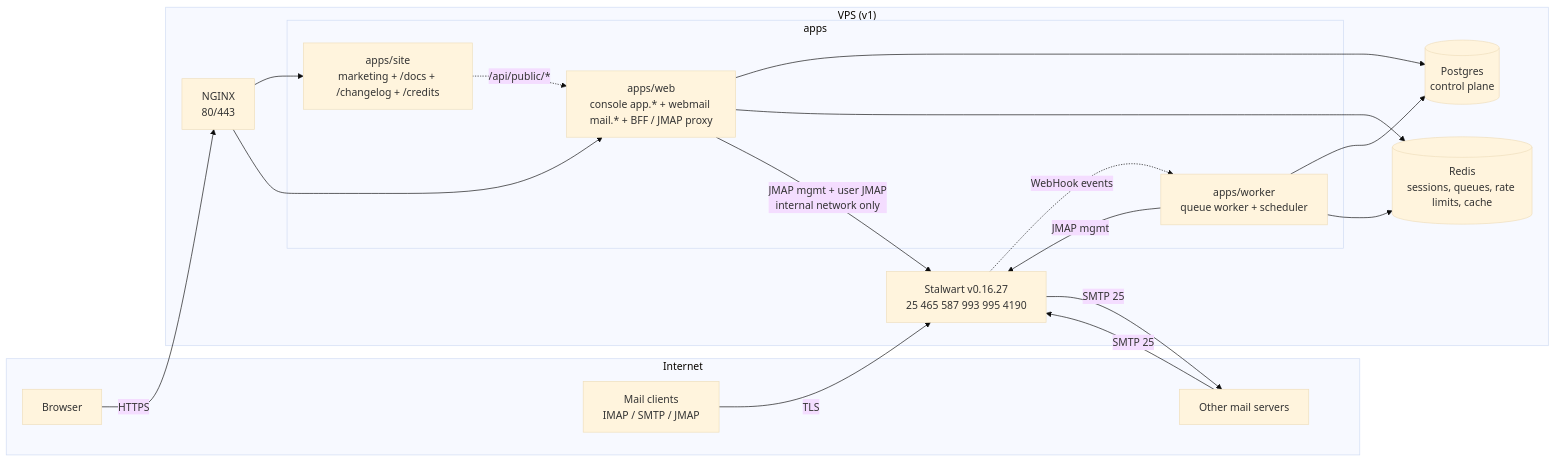
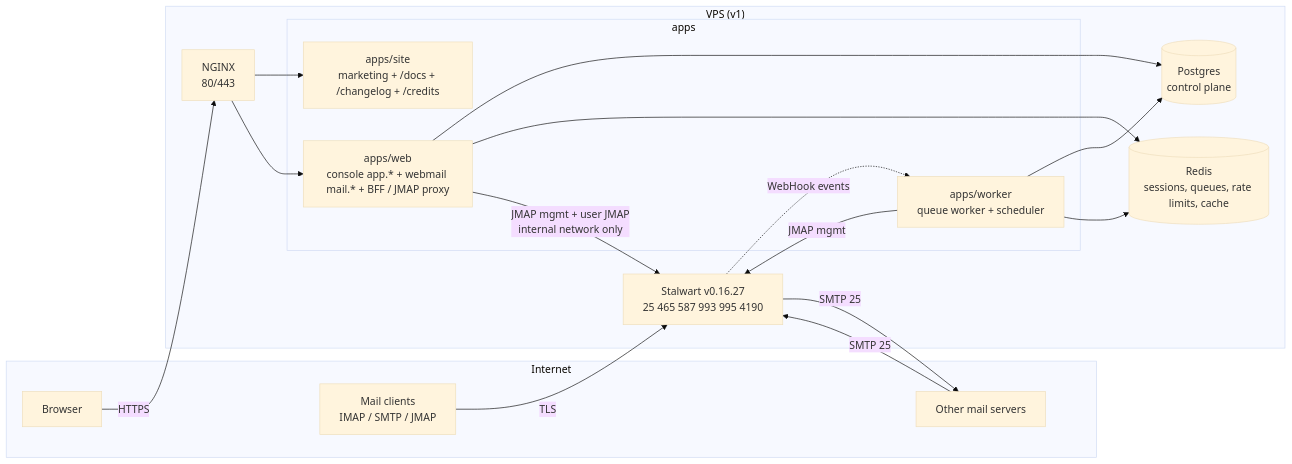
One commit to anhourtec/anhourmail changed the diagram in docs/internal/01-architecture.md. Above: the diagram before and after it, drawn with Mermaid (base theme). The commit also changed other lines of this file and 20 other files, not shown here.

````diff
--- a/docs/internal/01-architecture.md
+++ b/docs/internal/01-architecture.md
@@ -7,33 +7,32 @@
 ```mermaid
 flowchart LR
   subgraph Internet
     B[Browser]
     C[Mail clients<br/>IMAP / SMTP / JMAP]
     X[Other mail servers]
   end
   subgraph Host["VPS (v1)"]
     N[NGINX<br/>80/443]
     subgraph apps
       S[apps/site<br/>marketing + /docs + /changelog + /credits]
       W[apps/web<br/>console app.* + webmail mail.* + BFF / JMAP proxy]
       K[apps/worker<br/>queue worker + scheduler]
     end
     P[(Postgres<br/>control plane)]
     R[(Redis<br/>sessions, queues, rate limits, cache)]
     ST[Stalwart v0.16.27<br/>25 465 587 993 995 4190]
   end
   B -->|HTTPS| N
   N --> S
   N --> W
-  S -. /api/public/* .-> W
   W --> P
   W --> R
   W -->|JMAP mgmt + user JMAP<br/>internal network only| ST
   K --> P
   K --> R
   K -->|JMAP mgmt| ST
   ST -. WebHook events .-> K
   C -->|TLS| ST
   X -->|SMTP 25| ST
   ST -->|SMTP 25| X
 ```
````
